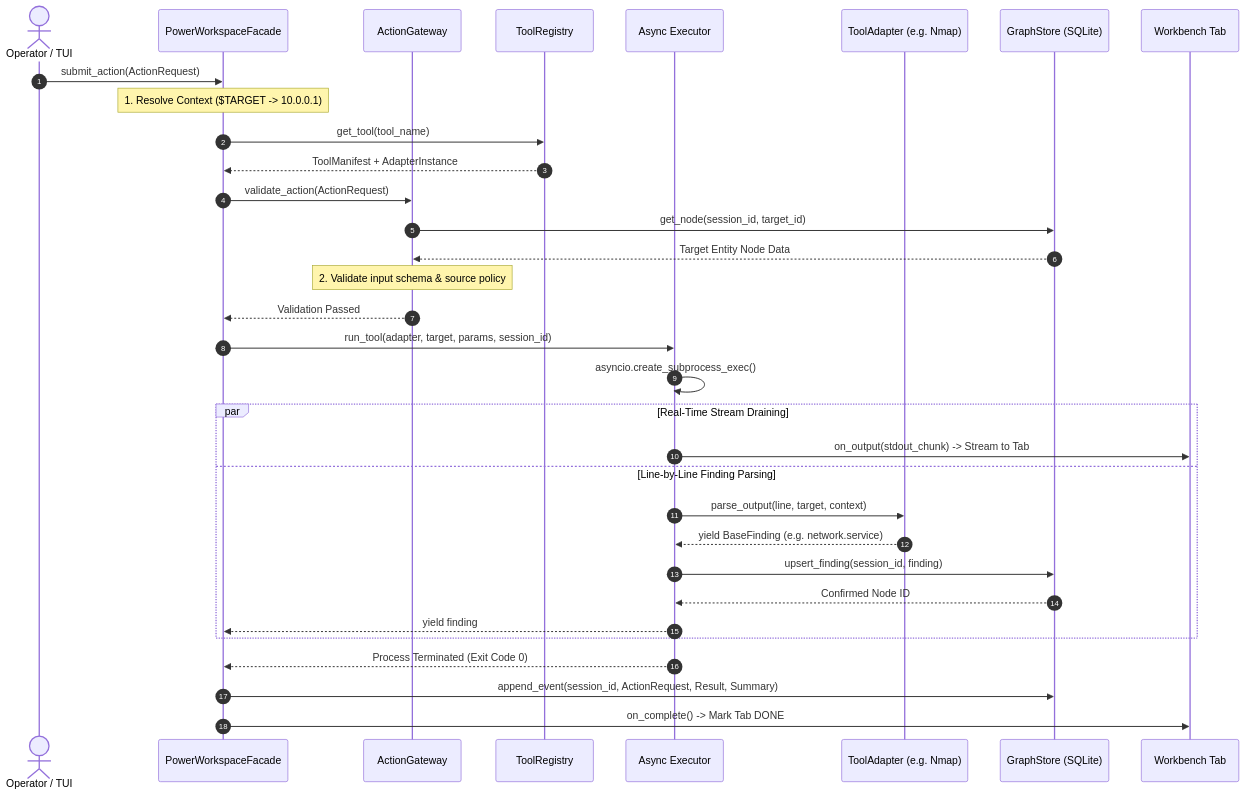
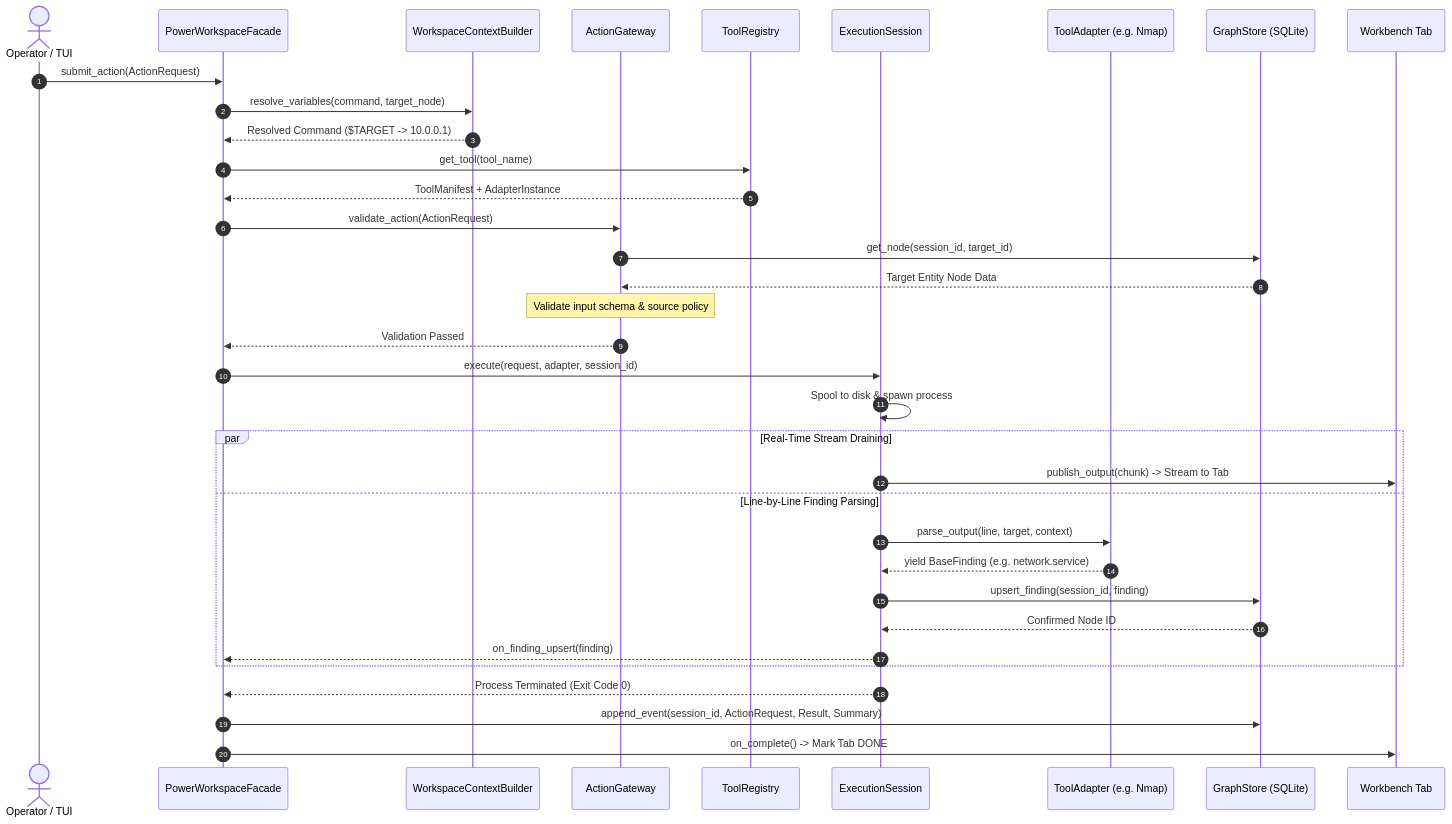
Before and after one commit to h45sh/cyguide: the second of 4 diagrams in docs/developer/ARCHITECTURE.md, drawn with Mermaid. The commit also changed other lines of this file and 2 other files, not shown here.

Commit message:
docs(architecture): update architecture specification and adr for deep modules refactoring

````diff
--- a/docs/developer/ARCHITECTURE.md
+++ b/docs/developer/ARCHITECTURE.md
@@ -174,40 +184,43 @@
 ```mermaid
 sequenceDiagram
     autonumber
     actor User as Operator / TUI
     participant Facade as PowerWorkspaceFacade
+    participant Context as WorkspaceContextBuilder
     participant Gateway as ActionGateway
     participant Registry as ToolRegistry
-    participant Exec as Async Executor
+    participant ExecSession as ExecutionSession
     participant Adapter as ToolAdapter (e.g. Nmap)
     participant Store as GraphStore (SQLite)
     participant UI as Workbench Tab
 
     User->>Facade: submit_action(ActionRequest)
-    Note over Facade: 1. Resolve Context ($TARGET -> 10.0.0.1)
+    Facade->>Context: resolve_variables(command, target_node)
+    Context-->>Facade: Resolved Command ($TARGET -> 10.0.0.1)
+
     Facade->>Registry: get_tool(tool_name)
     Registry-->>Facade: ToolManifest + AdapterInstance
 
     Facade->>Gateway: validate_action(ActionRequest)
     Gateway->>Store: get_node(session_id, target_id)
     Store-->>Gateway: Target Entity Node Data
-    Note over Gateway: 2. Validate input schema & source policy
+    Note over Gateway: Validate input schema & source policy
     Gateway-->>Facade: Validation Passed
 
-    Facade->>Exec: run_tool(adapter, target, params, session_id)
-    Exec->>Exec: asyncio.create_subprocess_exec()
+    Facade->>ExecSession: execute(request, adapter, session_id)
+    ExecSession->>ExecSession: Spool to disk & spawn process
 
     par Real-Time Stream Draining
-        Exec->>UI: on_output(stdout_chunk) -> Stream to Tab
+        ExecSession->>UI: publish_output(chunk) -> Stream to Tab
     and Line-by-Line Finding Parsing
-        Exec->>Adapter: parse_output(line, target, context)
-        Adapter-->>Exec: yield BaseFinding (e.g. network.service)
-        Exec->>Store: upsert_finding(session_id, finding)
-        Store-->>Exec: Confirmed Node ID
-        Exec-->>Facade: yield finding
+        ExecSession->>Adapter: parse_output(line, target, context)
+        Adapter-->>ExecSession: yield BaseFinding (e.g. network.service)
+        ExecSession->>Store: upsert_finding(session_id, finding)
+        Store-->>ExecSession: Confirmed Node ID
+        ExecSession-->>Facade: on_finding_upsert(finding)
     end
 
-    Exec-->>Facade: Process Terminated (Exit Code 0)
+    ExecSession-->>Facade: Process Terminated (Exit Code 0)
     Facade->>Store: append_event(session_id, ActionRequest, Result, Summary)
     Facade->>UI: on_complete() -> Mark Tab DONE
 ```
````
